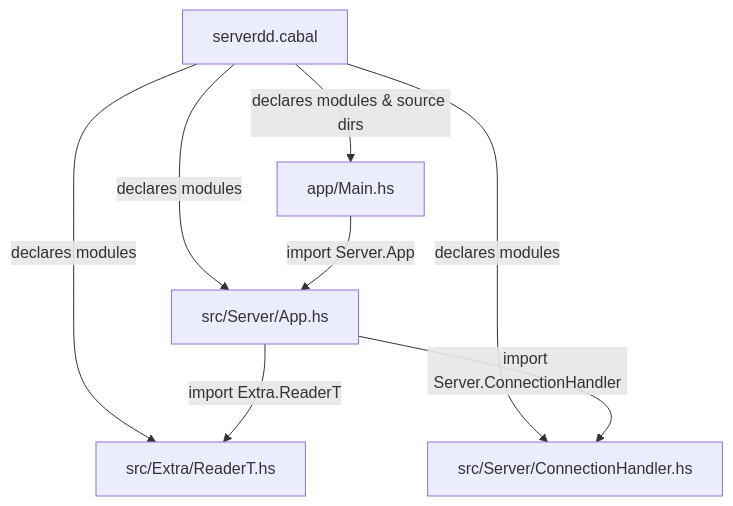
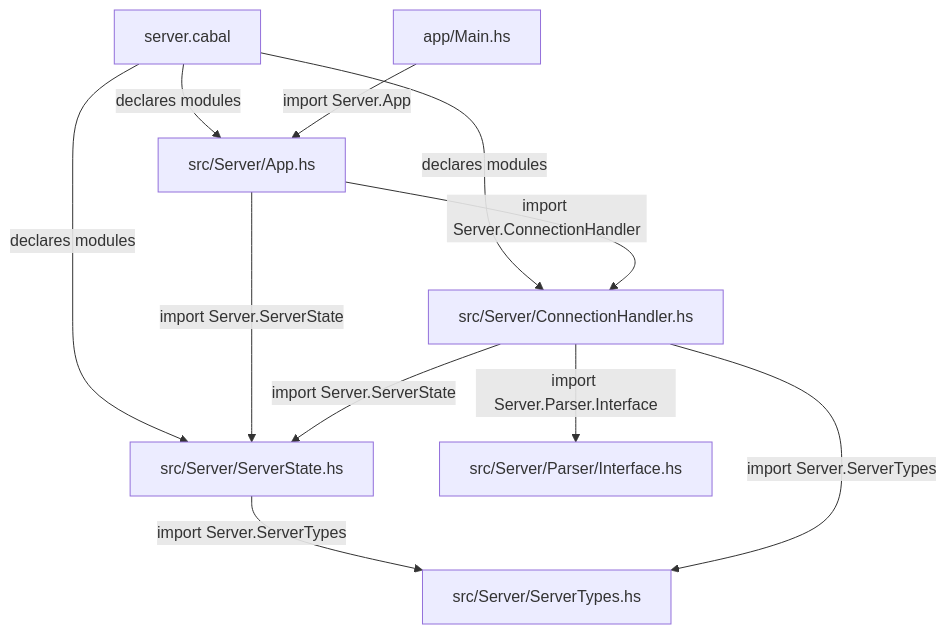
One commit to hdvvaldes/proyecto1Myp changed the first of 2 diagrams in server/doc/design.md. Above: the diagram before and after it, drawn with Mermaid. The commit also changed other lines of this file and 3 other files, not shown here.

````diff
--- a/server/doc/design.md
+++ b/server/doc/design.md
@@ -23,17 +26,22 @@
 ```mermaid
 graph TD
-    CABAL["serverdd.cabal"]
+    CABAL["server.cabal"]
     MAIN["app/Main.hs"]
     APP["src/Server/App.hs"]
     CONN["src/Server/ConnectionHandler.hs"]
-    READER["src/Extra/ReaderT.hs"]
+    STATE["src/Server/ServerState.hs"]
+    TYPES["src/Server/ServerTypes.hs"]
+    PARSER["src/Server/Parser/Interface.hs"]
 
-    CABAL -->|"declares modules & source dirs"| MAIN
     CABAL -->|"declares modules"| APP
     CABAL -->|"declares modules"| CONN
-    CABAL -->|"declares modules"| READER
-
+    CABAL -->|"declares modules"| STATE
+    
     MAIN -->|"import Server.App"| APP
-    APP  -->|"import Extra.ReaderT"| READER
     APP  -->|"import Server.ConnectionHandler"| CONN
+    APP  -->|"import Server.ServerState"| STATE
+    CONN -->|"import Server.ServerState"| STATE
+    CONN -->|"import Server.Parser.Interface"| PARSER
+    STATE -->|"import Server.ServerTypes"| TYPES
+    CONN -->|"import Server.ServerTypes"| TYPES
 ```
````
